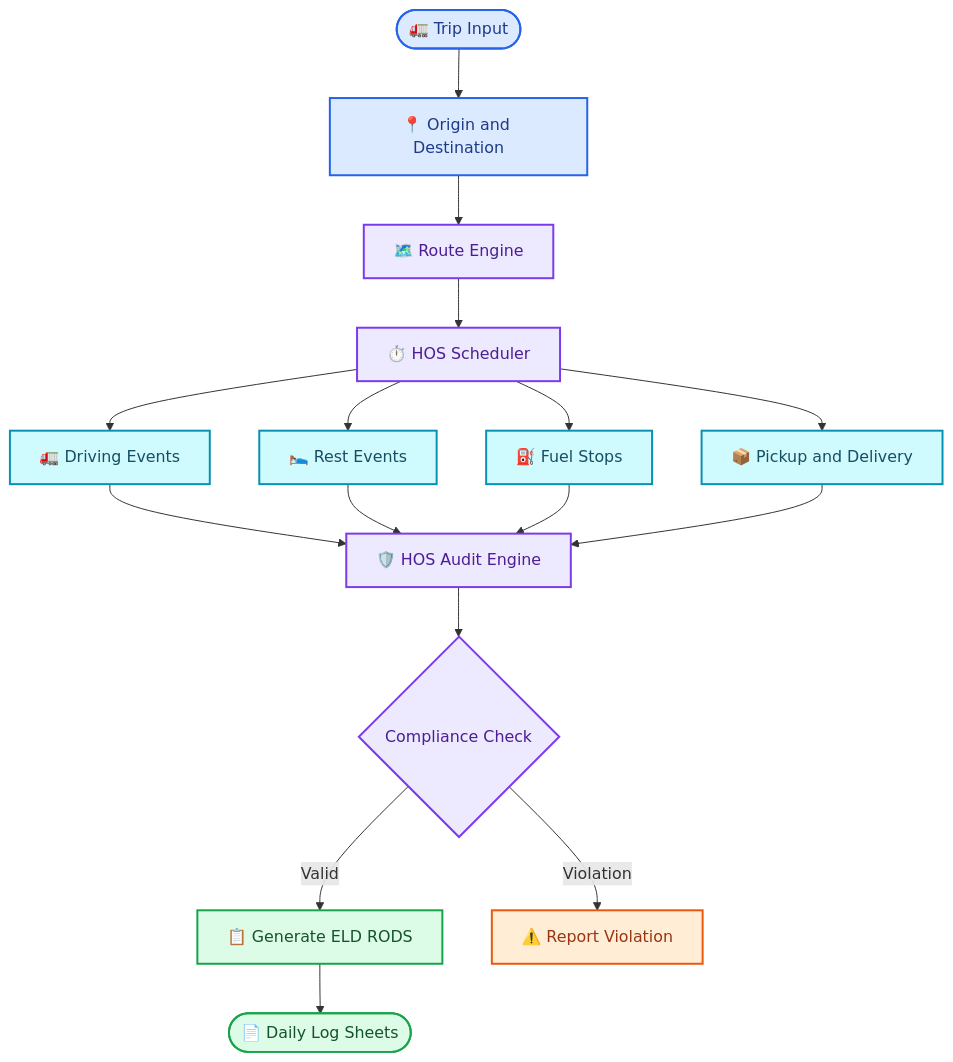
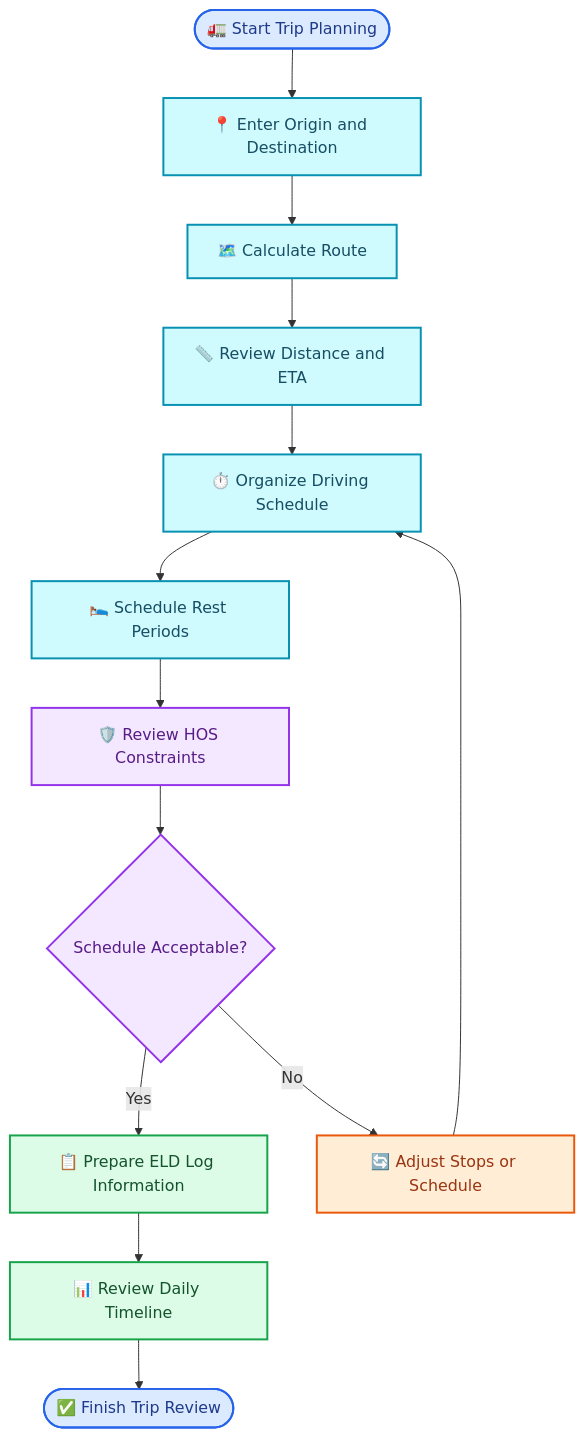
Before and after one commit to dhanushgopi2456/hos-route-planner: the second of 4 diagrams in README.md, drawn with Mermaid. The commit also changed other lines of this file, not shown here.

First line of the commit message:
Revise README for clarity and updated information

````diff
--- a/README.md
+++ b/README.md
@@ -3,34 +215,30 @@
 ```mermaid
 flowchart TD
-    A(["🚛 Trip Input"]) --> B["📍 Origin and Destination"]
-    B --> C["🗺️ Route Engine"]
-    C --> D["⏱️ HOS Scheduler"]
+    A(["🚛 Start Trip Planning"]) --> B["📍 Enter Origin and Destination"]
+    B --> C["🗺️ Calculate Route"]
+    C --> D["📏 Review Distance and ETA"]
+    D --> E["⏱️ Organize Driving Schedule"]
 
-    D --> E["🚛 Driving Events"]
-    D --> F["🛌 Rest Events"]
-    D --> G["⛽ Fuel Stops"]
-    D --> H["📦 Pickup and Delivery"]
+    E --> F["🛌 Schedule Rest Periods"]
+    F --> G["🛡️ Review HOS Constraints"]
+    G --> H{"Schedule Acceptable?"}
 
-    E --> I["🛡️ HOS Audit Engine"]
-    F --> I
-    G --> I
-    H --> I
+    H -->|Yes| I["📋 Prepare ELD Log Information"]
+    H -->|No| J["🔄 Adjust Stops or Schedule"]
 
-    I --> J{"Compliance Check"}
-    J -->|Valid| K["📋 Generate ELD RODS"]
-    J -->|Violation| L["⚠️ Report Violation"]
+    J --> E
+    I --> K["📊 Review Daily Timeline"]
+    K --> L(["✅ Finish Trip Review"])
 
-    K --> M(["📄 Daily Log Sheets"])
+    classDef start fill:#DBEAFE,stroke:#2563EB,color:#1E3A8A,stroke-width:2px
+    classDef planning fill:#CFFAFE,stroke:#0891B2,color:#164E63,stroke-width:2px
+    classDef validation fill:#F3E8FF,stroke:#9333EA,color:#581C87,stroke-width:2px
+    classDef success fill:#DCFCE7,stroke:#16A34A,color:#14532D,stroke-width:2px
+    classDef revise fill:#FFEDD5,stroke:#EA580C,color:#9A3412,stroke-width:2px
 
-    classDef input fill:#DBEAFE,stroke:#2563EB,color:#1E3A8A,stroke-width:2px
-    classDef engine fill:#EDE9FE,stroke:#7C3AED,color:#4C1D95,stroke-width:2px
-    classDef events fill:#CFFAFE,stroke:#0891B2,color:#164E63,stroke-width:2px
-    classDef success fill:#DCFCE7,stroke:#16A34A,color:#14532D,stroke-width:2px
-    classDef warning fill:#FFEDD5,stroke:#EA580C,color:#9A3412,stroke-width:2px
-
-    class A,B input
-    class C,D,I,J engine
-    class E,F,G,H events
-    class K,M success
-    class L warning
+    class A,L start
+    class B,C,D,E,F planning
+    class G,H validation
+    class I,K success
+    class J revise
 ```
````
